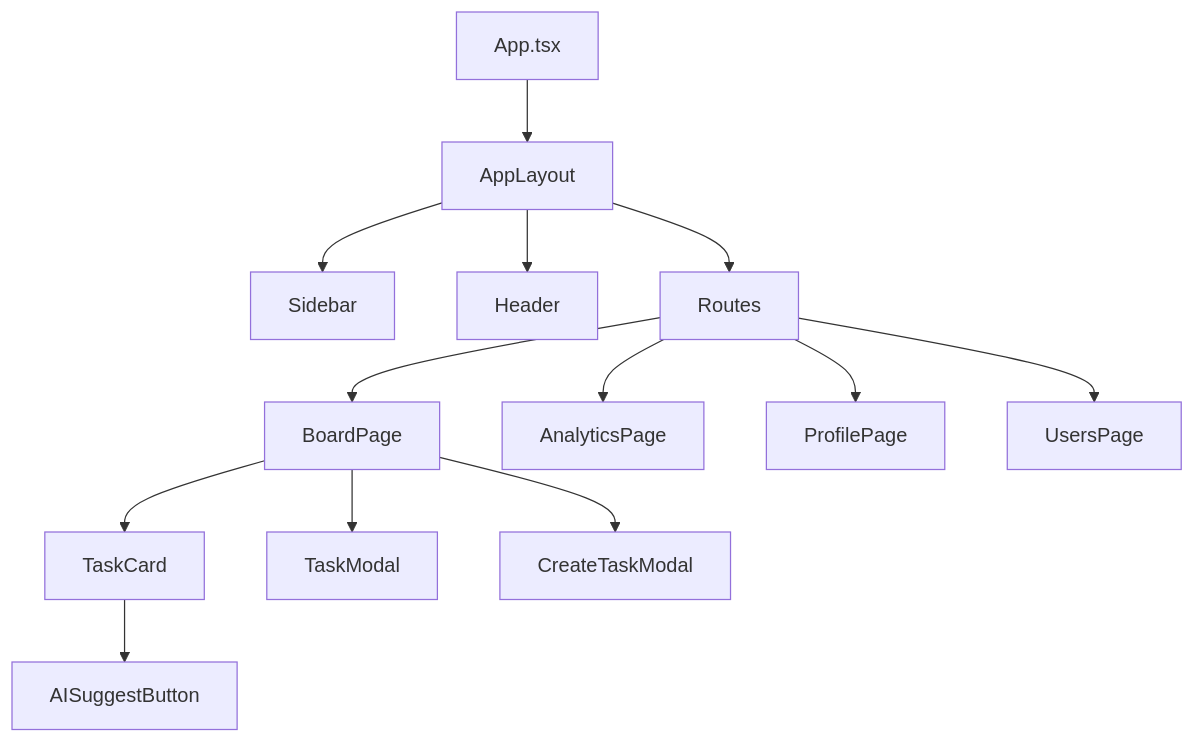
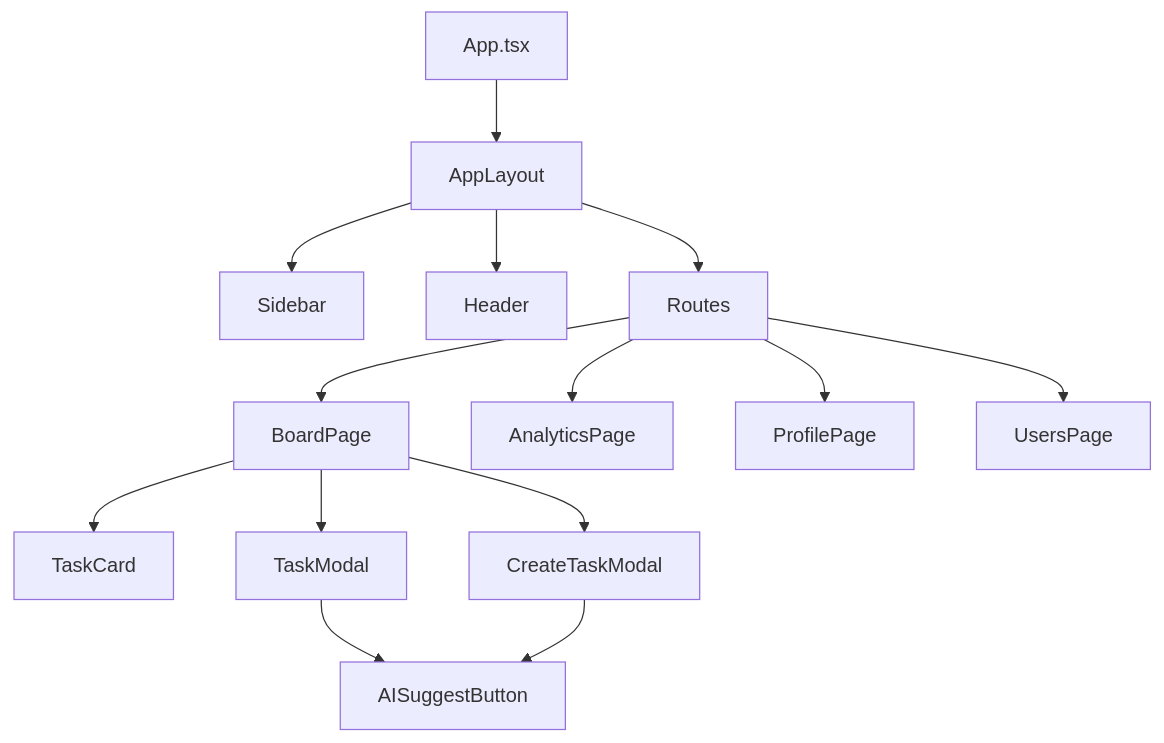
Before and after one commit to sh4t4d33p/gal-sprint-sync: the diagram in frontend/README.md, drawn with Mermaid. The commit also changed other lines of this file, not shown here.

````diff
--- a/frontend/README.md
+++ b/frontend/README.md
@@ -68,24 +68,26 @@
 ```mermaid
 graph TD
   A[App.tsx]
   L[AppLayout]
   S[Sidebar]
   H[Header]
   R[Routes]
   B[BoardPage]
   T[TaskCard]
   M[TaskModal]
   C[CreateTaskModal]
+  AISuggest[AISuggestButton]
   A --> L
   L --> S
   L --> H
   L --> R
   R --> B
   R --> Analytics[AnalyticsPage]
   R --> Profile[ProfilePage]
   R --> Users[UsersPage]
   B --> T
   B --> M
   B --> C
-  T --> AISuggest[AISuggestButton]
+  M --> AISuggest
+  C --> AISuggest
 ```
````
